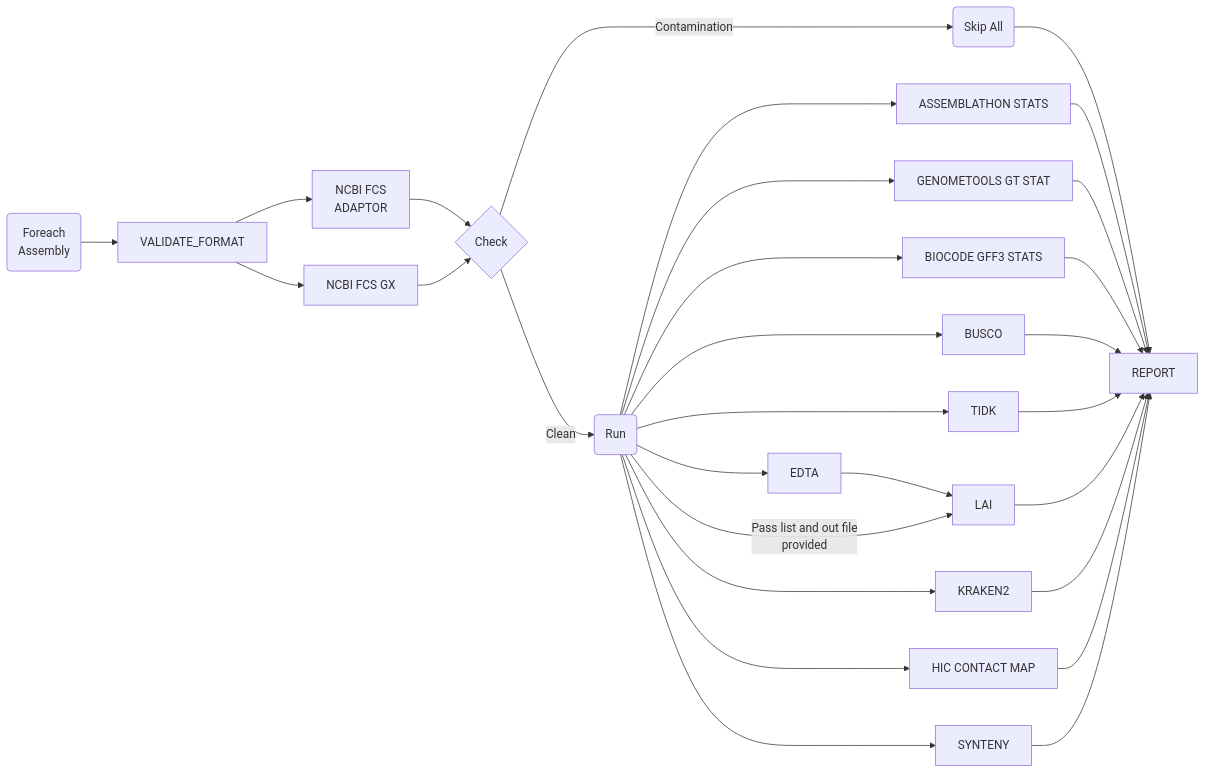
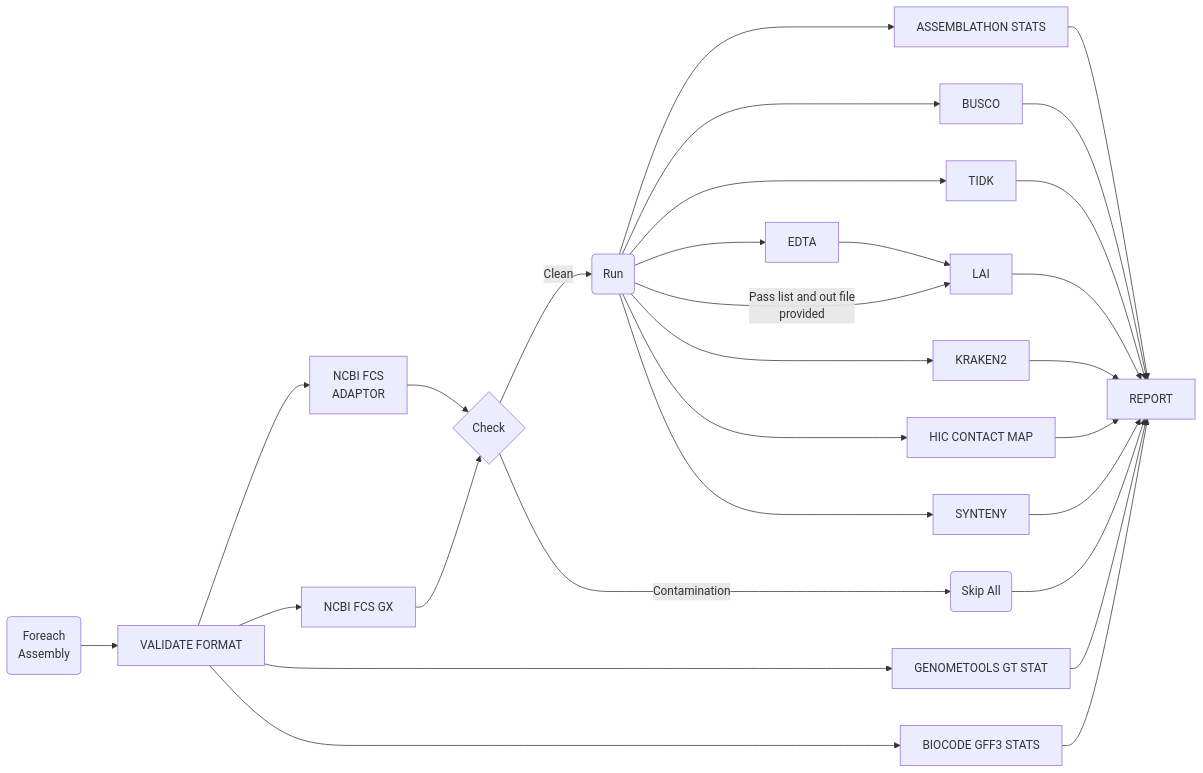
Before and after one commit to Plant-Food-Research-Open/assemblyqc: the diagram in README.md, drawn with Mermaid. The commit also changed other lines of this file and 8 other files, not shown here.

````diff
--- a/README.md
+++ b/README.md
@@ -21,36 +21,37 @@
 ```mermaid
 flowchart LR
-  forEachTag(Foreach\nAssembly) --> VALIDATE_FORMAT
+  forEachTag(Foreach\nAssembly) --> VALIDATE_FORMAT[VALIDATE FORMAT]
   
   VALIDATE_FORMAT --> ncbiFCS[NCBI FCS\nADAPTOR]
   ncbiFCS --> Check{Check}
 
   VALIDATE_FORMAT --> ncbiGX[NCBI FCS GX]
   ncbiGX --> Check
   Check --> |Clean|Run(Run)
 
   Check --> |Contamination|Skip(Skip All)
   Skip --> REPORT
+
+  VALIDATE_FORMAT --> GFF_STATS[GENOMETOOLS GT STAT]
+  VALIDATE_FORMAT --> GFF_STATS_II[BIOCODE GFF3 STATS]
   
   Run --> ASS_STATS[ASSEMBLATHON STATS]
-  Run --> GFF_STATS[GENOMETOOLS GT STAT]
-  Run --> GFF_STATS_II[BIOCODE GFF3 STATS]
   Run --> BUSCO
   Run --> TIDK
   Run --> EDTA
   EDTA --> LAI
   Run --> |Pass list and out file\nprovided|LAI
   Run --> KRAKEN2
   Run --> HIC_CONTACT_MAP[HIC CONTACT MAP]
   Run --> SYNTENY
 
   ASS_STATS --> REPORT
   GFF_STATS --> REPORT
   GFF_STATS_II --> REPORT
   BUSCO --> REPORT
   TIDK --> REPORT
   LAI --> REPORT
   KRAKEN2 --> REPORT
   HIC_CONTACT_MAP --> REPORT
   SYNTENY --> REPORT
 ```
````
